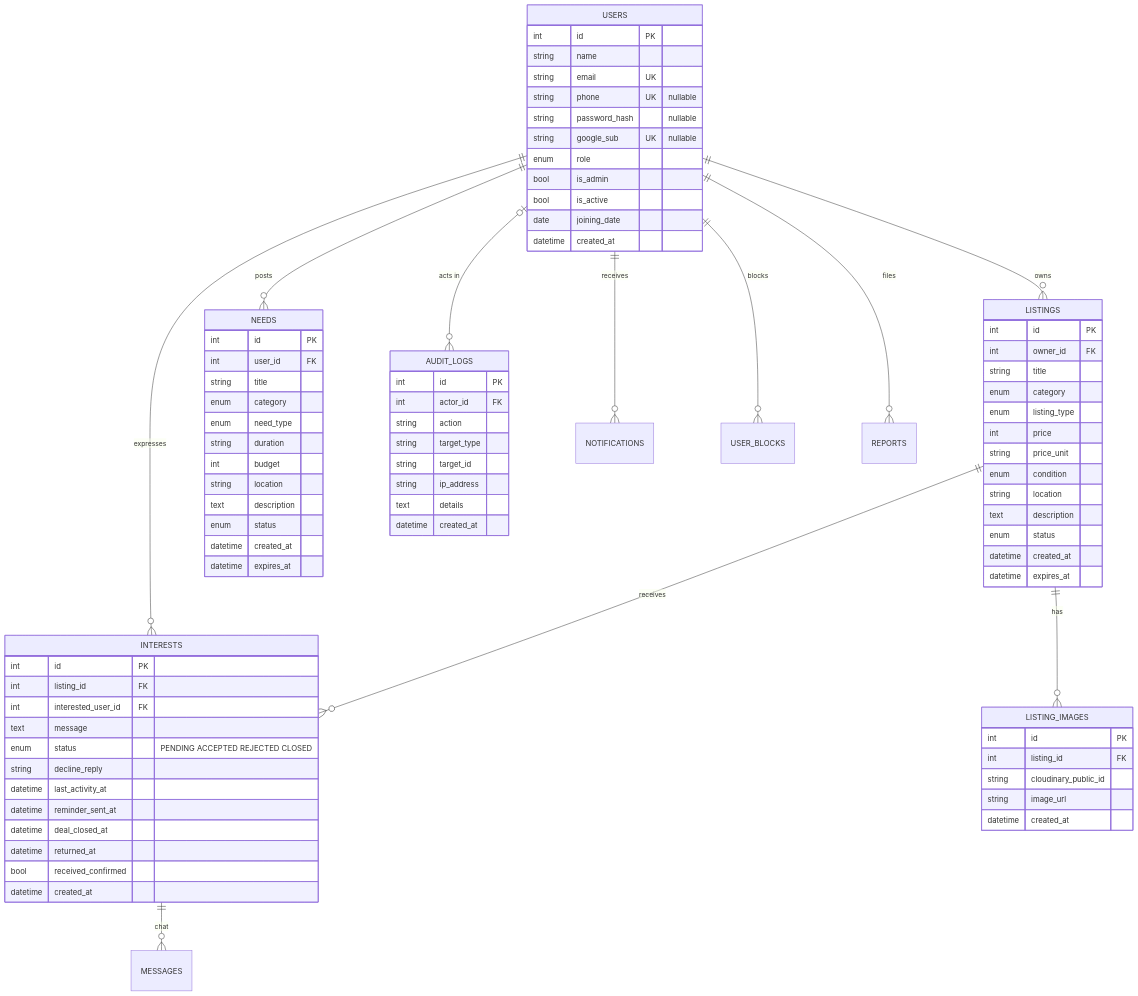
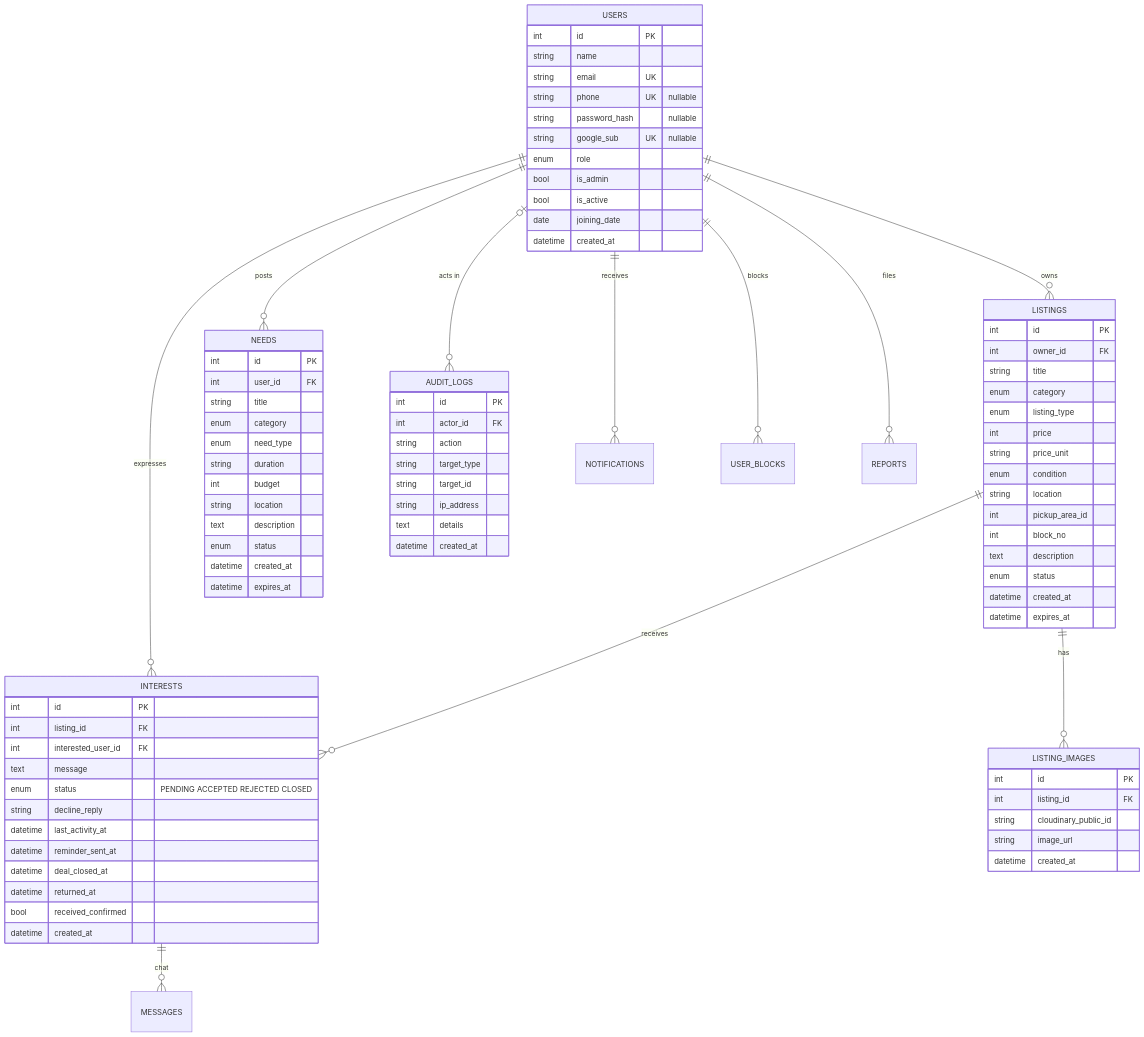
One commit to VanshGoel-001/InfyExchange changed the first of 3 diagrams in wiki/Data-Model.md. Above: the diagram before and after it, drawn with Mermaid. The commit also changed other lines of this file and 82 other files, not shown here.

```diff
--- a/wiki/Data-Model.md
+++ b/wiki/Data-Model.md
@@ -40,6 +40,8 @@
         string price_unit
         enum condition
         string location
+        int pickup_area_id
+        int block_no
         text description
         enum status
         datetime created_at
```
